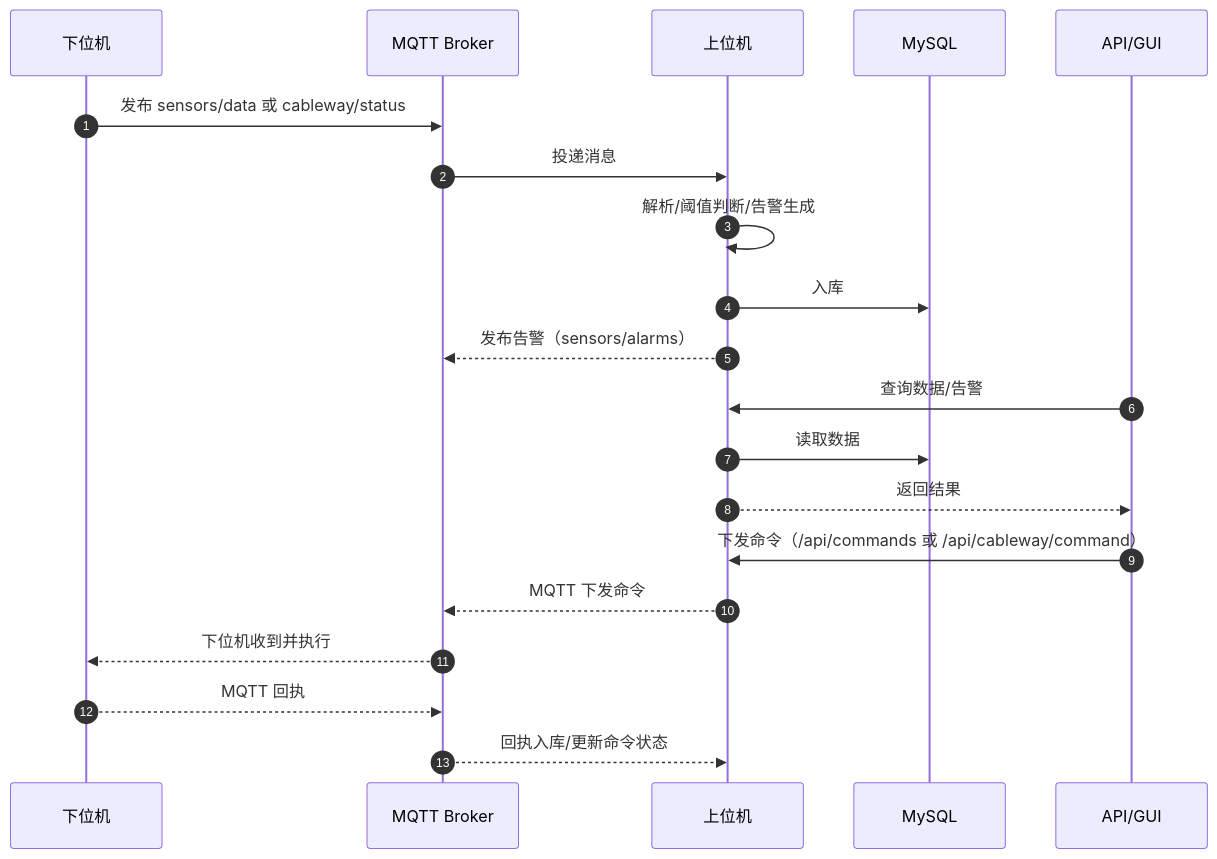
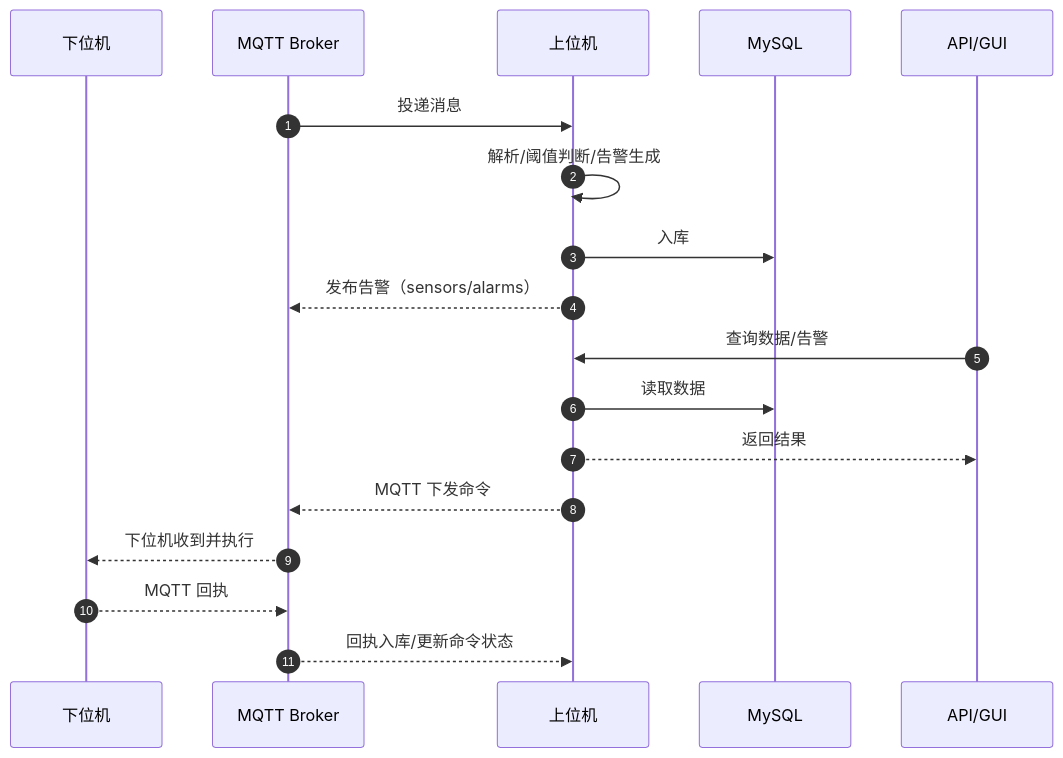
Before and after one commit to MrLiuPeiBao/loonginx: the second of 3 diagrams in docs/architecture.md, drawn with Mermaid. The commit also changed other lines of this file and 172 other files, not shown here.

````diff
--- a/docs/architecture.md
+++ b/docs/architecture.md
@@ -62,24 +62,22 @@
 ```mermaid
 sequenceDiagram
   autonumber
   participant C as 下位机
   participant B as MQTT Broker
   participant S as 上位机
   participant D as MySQL
   participant U as API/GUI
 
-  C->>B: 发布 sensors/data 或 cableway/status
   B->>S: 投递消息
   S->>S: 解析/阈值判断/告警生成
   S->>D: 入库
   S-->>B: 发布告警（sensors/alarms）
   U->>S: 查询数据/告警
   S->>D: 读取数据
   S-->>U: 返回结果
 
-  U->>S: 下发命令（/api/commands 或 /api/cableway/command）
   S-->>B: MQTT 下发命令
   B-->>C: 下位机收到并执行
   C-->>B: MQTT 回执
   B-->>S: 回执入库/更新命令状态
 ```
````
